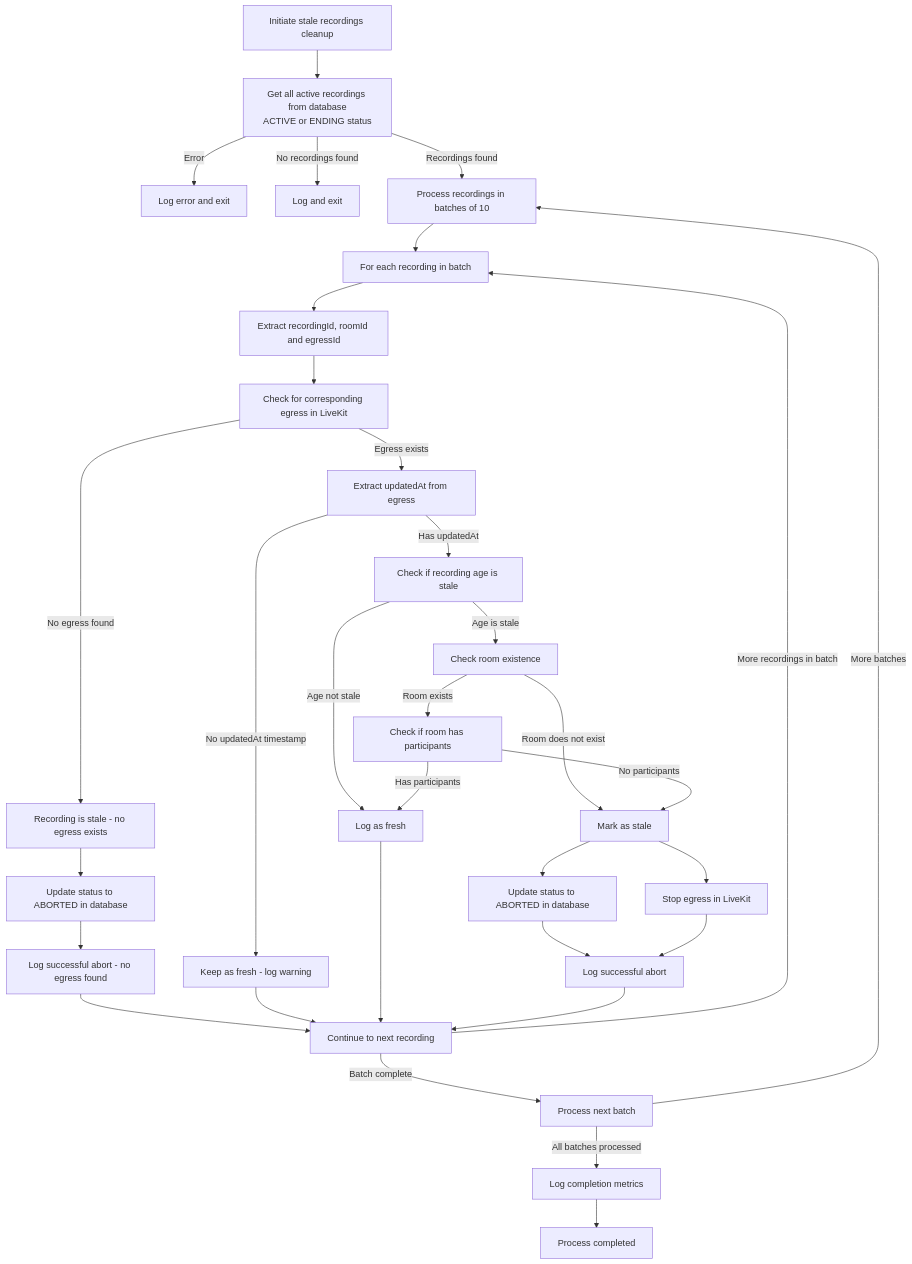
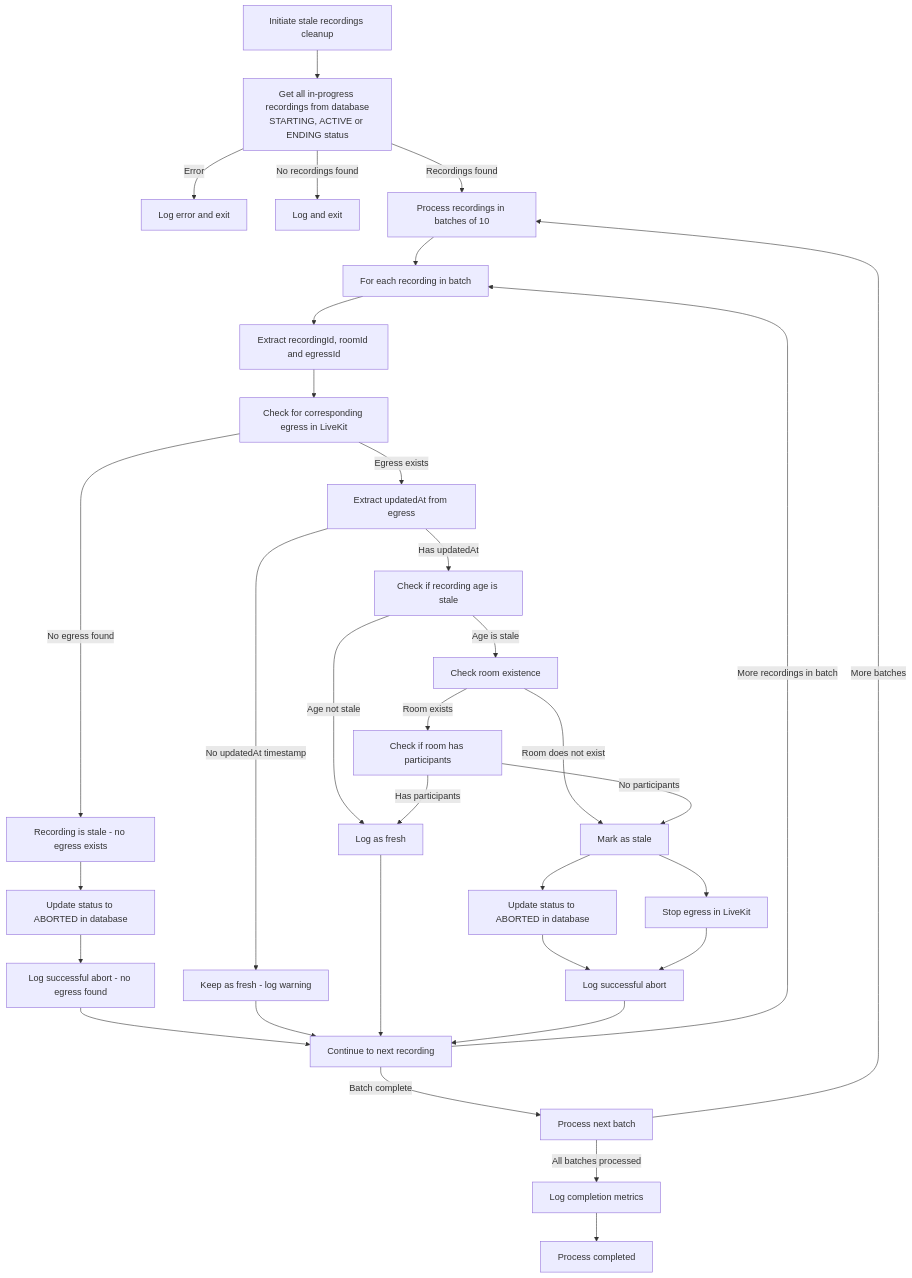
The third of 3 diagrams in meet-ce/backend/README.md (OpenVidu/openvidu-meet), drawn with Mermaid before and after one commit. The commit also changed other lines of this file and 620 other files, not shown here.

````diff
--- a/meet-ce/backend/README.md
+++ b/meet-ce/backend/README.md
@@ -233,45 +221,45 @@
 ```mermaid
 graph TD;
-    A[Initiate stale recordings cleanup] --> B[Get all active recordings from database<br/>ACTIVE or ENDING status]
+    A[Initiate stale recordings cleanup] --> B[Get all in-progress recordings from database<br/>STARTING, ACTIVE or ENDING status]
     B -->|Error| C[Log error and exit]
     B -->|No recordings found| D[Log and exit]
     B -->|Recordings found| E[Process recordings in batches of 10]
 
     E --> F[For each recording in batch]
     F --> G[Extract recordingId, roomId and egressId]
     G --> H[Check for corresponding egress in LiveKit]
 
     H -->|No egress found| I[Recording is stale - no egress exists]
     H -->|Egress exists| J[Extract updatedAt from egress]
 
     I --> K[Update status to ABORTED in database]
     K --> L[Log successful abort - no egress found]
 
     J -->|No updatedAt timestamp| M[Keep as fresh - log warning]
     J -->|Has updatedAt| N[Check if recording age is stale]
 
     N -->|Age not stale| O[Log as fresh]
     N -->|Age is stale| P[Check room existence]
 
     P -->|Room does not exist| Q[Mark as stale]
     P -->|Room exists| R[Check if room has participants]
 
     R -->|No participants| Q
     R -->|Has participants| O
 
     Q --> S[Update status to ABORTED in database]
     Q --> T[Stop egress in LiveKit]
     S --> U[Log successful abort]
     T --> U
 
     L --> V[Continue to next recording]
     M --> V
     O --> V
     U --> V
 
     V -->|More recordings in batch| F
     V -->|Batch complete| W[Process next batch]
     W -->|More batches| E
     W -->|All batches processed| X[Log completion metrics]
     X --> Y[Process completed]
 ```
````
